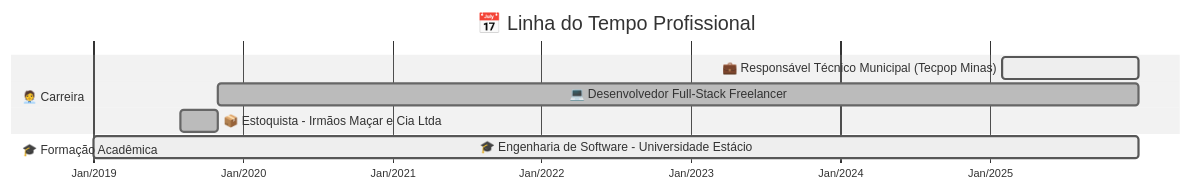
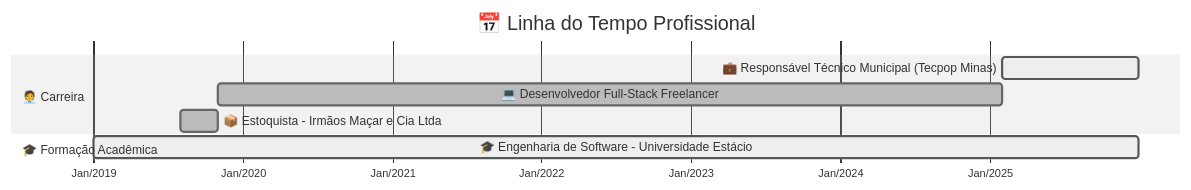
Before and after one commit to AlesonPungirum/AlesonPungirum: the second of 4 diagrams in README.md, drawn with Mermaid (neutral theme).

````diff
--- a/README.md
+++ b/README.md
@@ -135,16 +135,16 @@
 ```mermaid
 gantt
     title 📅 Linha do Tempo Profissional
     dateFormat  YYYY-MM-DD
     axisFormat  %b/%Y
 
     section 🧑‍💼 Carreira
     💼 Responsável Técnico Municipal (Tecpop Minas)     :active, 2025-02-01, 2025-12-31
-    💻 Desenvolvedor Full-Stack Freelancer              :done, 2019-11-01, 2025-12-31
+    💻 Desenvolvedor Full-Stack Freelancer              :done, 2019-11-01, 2025-02-01
     📦 Estoquista - Irmãos Maçar e Cia Ltda             :done, 2019-08-01, 2019-10-31
 
     section 🎓 Formação Acadêmica
     🎓 Engenharia de Software - Universidade Estácio     :active, 2019-01-01, 2025-12-31
 
 
 ```
````
